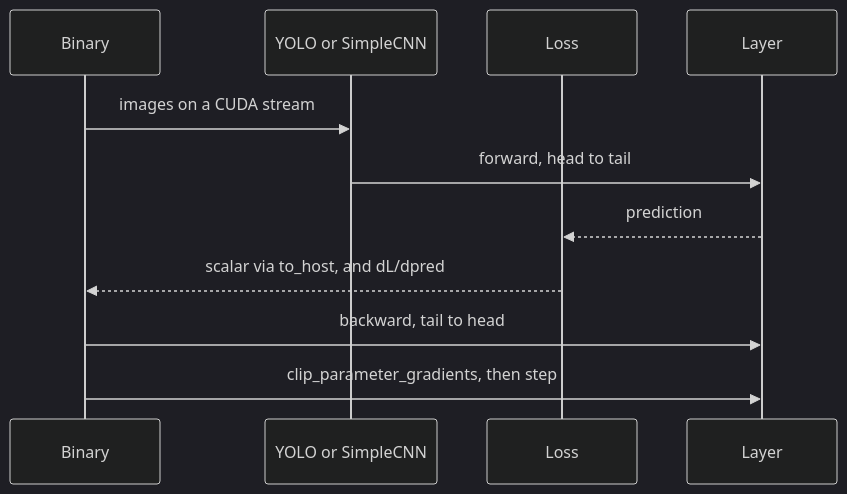
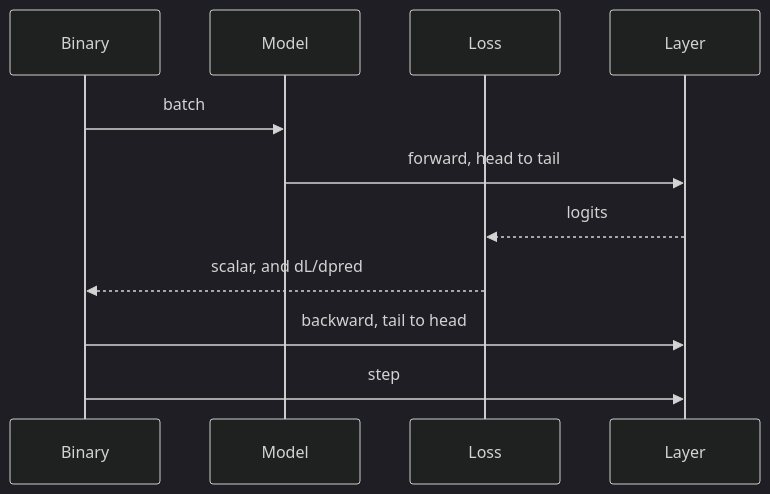
Before and after one commit to Kemo321/Bachelor-Thesis: the first of 2 diagrams in docs/usage/training.md, drawn with Mermaid (dark theme). The commit also changed other lines of this file and 166 other files, not shown here.

````diff
--- a/docs/usage/training.md
+++ b/docs/usage/training.md
@@ -5,14 +5,14 @@
 ```mermaid
 sequenceDiagram
     participant Binary
-    participant Model as YOLO or SimpleCNN
+    participant Model
     participant Loss
     participant Layer
 
-    Binary->>Model: images on a CUDA stream
+    Binary->>Model: batch
     Model->>Layer: forward, head to tail
-    Layer-->>Loss: prediction
-    Loss-->>Binary: scalar via to_host, and dL/dpred
+    Layer-->>Loss: logits
+    Loss-->>Binary: scalar, and dL/dpred
     Binary->>Layer: backward, tail to head
-    Binary->>Layer: clip_parameter_gradients, then step
+    Binary->>Layer: step
 ```
````
